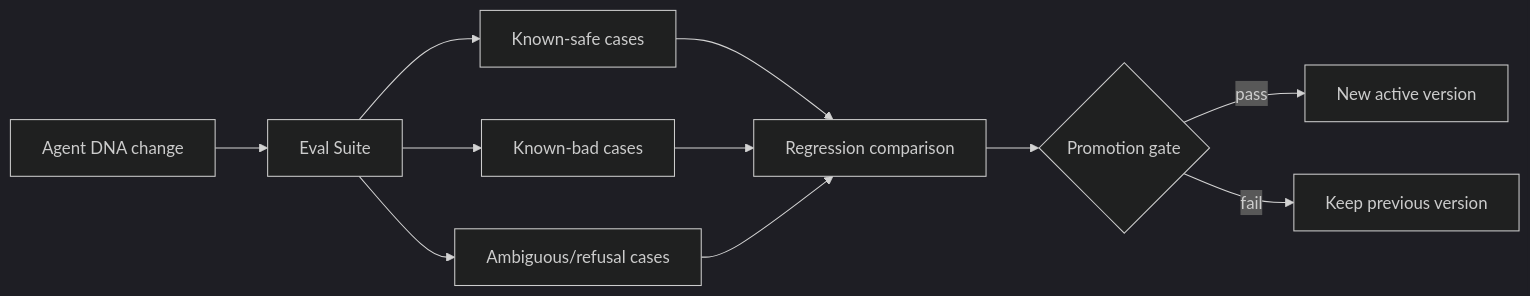
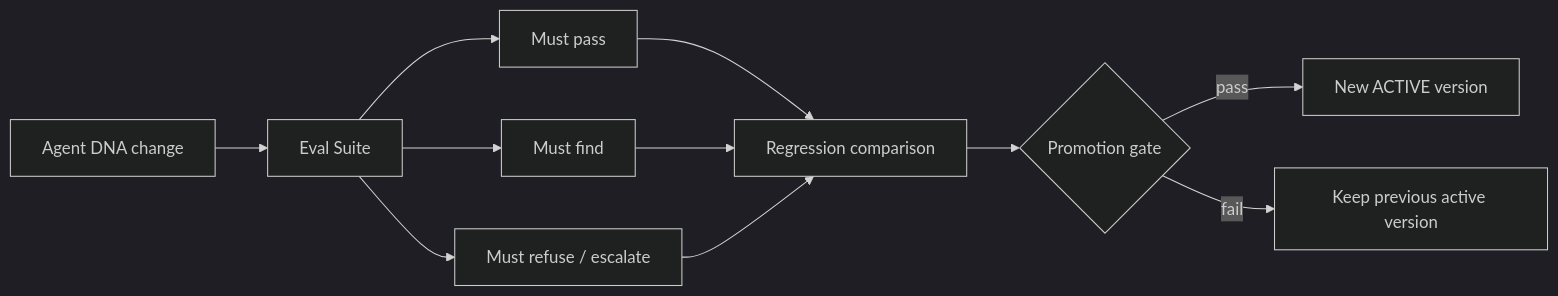
Before and after one commit to pestoura/hermes-factory: the third of 3 diagrams in docs/03-agent-workforce.md, drawn with Mermaid (dark theme). The commit also changed other lines of this file, not shown here.

````diff
--- a/docs/03-agent-workforce.md
+++ b/docs/03-agent-workforce.md
@@ -296,13 +287,13 @@
 ```mermaid
 flowchart LR
     Change[Agent DNA change] --> Evals[Eval Suite]
-    Evals --> Safe[Known-safe cases]
-    Evals --> Bad[Known-bad cases]
-    Evals --> Amb[Ambiguous/refusal cases]
+    Evals --> Safe[Must pass]
+    Evals --> Bad[Must find]
+    Evals --> Refuse[Must refuse / escalate]
     Safe --> Compare[Regression comparison]
     Bad --> Compare
-    Amb --> Compare
+    Refuse --> Compare
     Compare --> Gate{Promotion gate}
-    Gate -- pass --> Active[New active version]
-    Gate -- fail --> Old[Keep previous version]
+    Gate -- pass --> Active[New ACTIVE version]
+    Gate -- fail --> Old[Keep previous active version]
 ```
````
